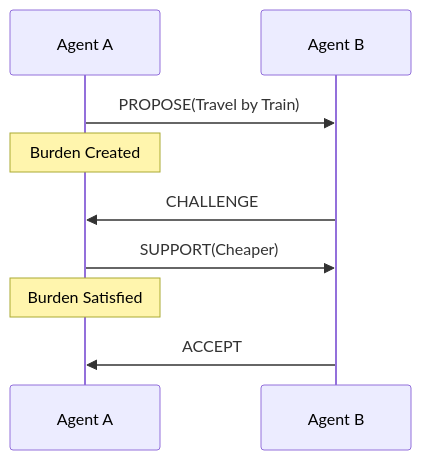
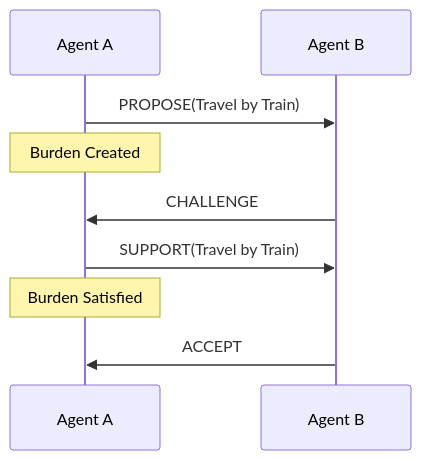
Before and after one commit to ewanblake/deliberation-games: the diagram in docs/burden-protocol-example.md, drawn with Mermaid.

Commit message:
Updating Burden Protocol Example

````diff
--- a/docs/burden-protocol-example.md
+++ b/docs/burden-protocol-example.md
@@ -1,18 +1,18 @@
 ```mermaid
 sequenceDiagram
 
 participant A as Agent A
 participant B as Agent B
 
 A->>B: PROPOSE(Travel by Train)
 
 Note over A: Burden Created
 
 B->>A: CHALLENGE
 
-A->>B: SUPPORT(Cheaper)
+A->>B: SUPPORT(Travel by Train)
 
 Note over A: Burden Satisfied
 
 B->>A: ACCEPT
 ```
````
